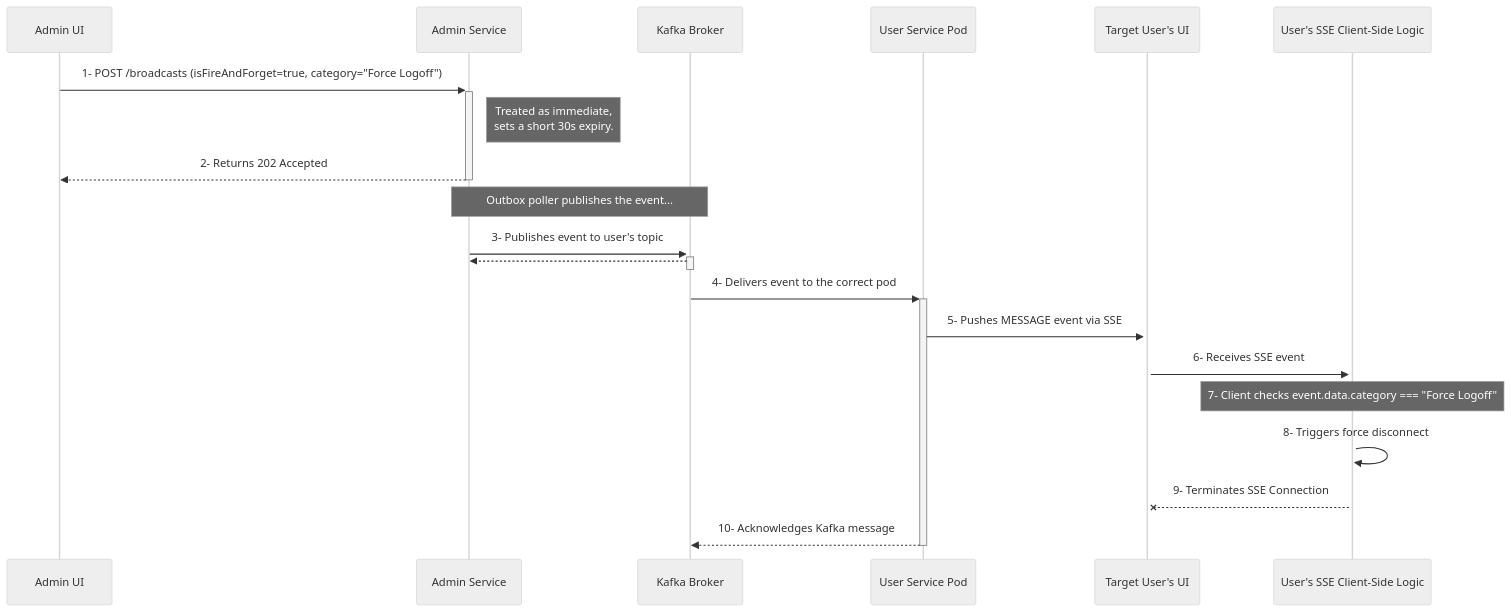
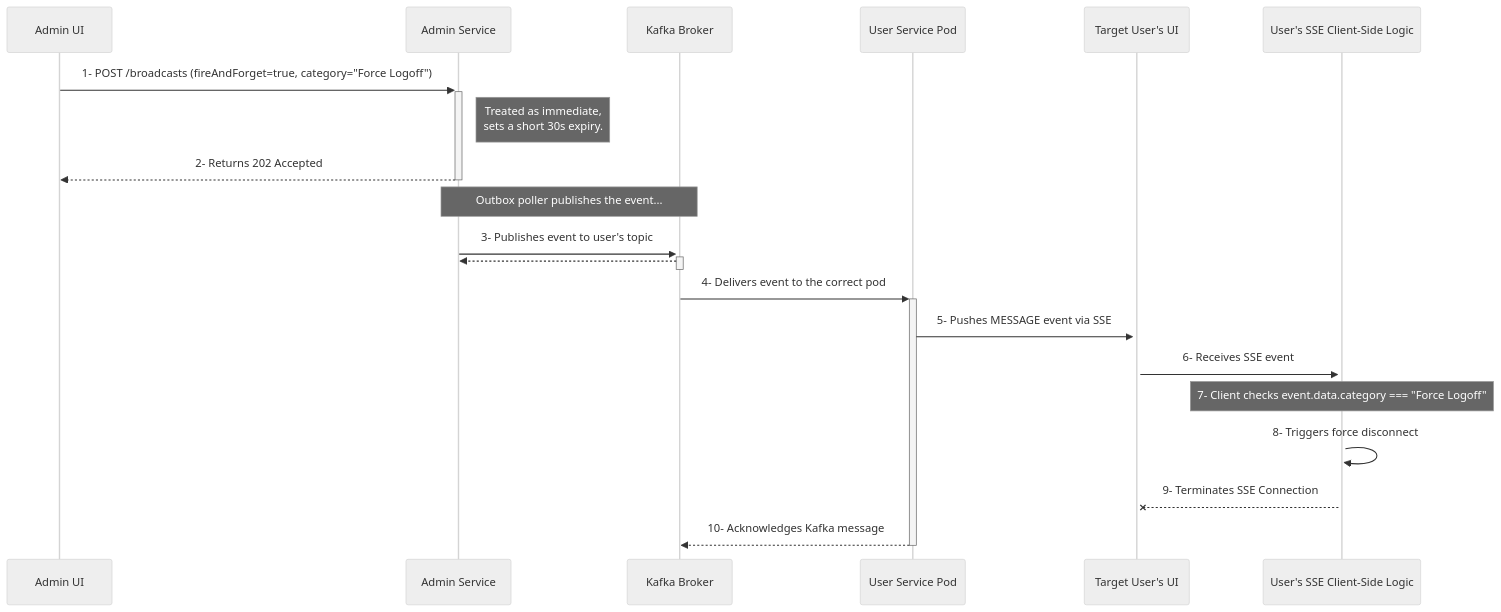
One commit to rsrini7/Notification-SSE-GLM-Flux changed the diagram in MermaidDiagrams/seq-fire-and-forget.mmd. Above: the diagram before and after it, drawn with Mermaid (neutral theme). The commit also changed 35 other files, not shown here.

First line of the commit message:
refactor(broadcast): - Move admin and user DTOs to respective service modules, split broadcast mapper into its own and kept shared seperately. rename isFireAndForget to fireAndForget and reorganize DTOs

```diff
--- a/MermaidDiagrams/seq-fire-and-forget.mmd
+++ b/MermaidDiagrams/seq-fire-and-forget.mmd
@@ -1,25 +1,25 @@
 sequenceDiagram
     participant AdminUI as Admin UI
     participant AdminSvc as Admin Service
     participant Kafka as Kafka Broker
     participant WorkerConsumer as User Service Pod
     participant UserUI as Target User's UI
     participant SseClient as User's SSE Client-Side Logic
 
-    AdminUI->>+AdminSvc: 1- POST /broadcasts (isFireAndForget=true, category="Force Logoff")
+    AdminUI->>+AdminSvc: 1- POST /broadcasts (fireAndForget=true, category="Force Logoff")
     Note right of AdminSvc: Treated as immediate, <br/> sets a short 30s expiry.
     AdminSvc-->>-AdminUI: 2- Returns 202 Accepted
 
     Note over AdminSvc, Kafka: Outbox poller publishes the event...
     AdminSvc->>+Kafka: 3- Publishes event to user's topic
     Kafka-->>-AdminSvc: 
 
     Kafka->>+WorkerConsumer: 4- Delivers event to the correct pod
     WorkerConsumer->>+UserUI: 5- Pushes MESSAGE event via SSE
     UserUI->>+SseClient: 6- Receives SSE event
     
     Note over SseClient: 7- Client checks event.data.category === "Force Logoff"
     SseClient->>SseClient: 8- Triggers force disconnect
     SseClient--xUserUI: 9- Terminates SSE Connection
     
     WorkerConsumer-->>-Kafka: 10- Acknowledges Kafka message
```
